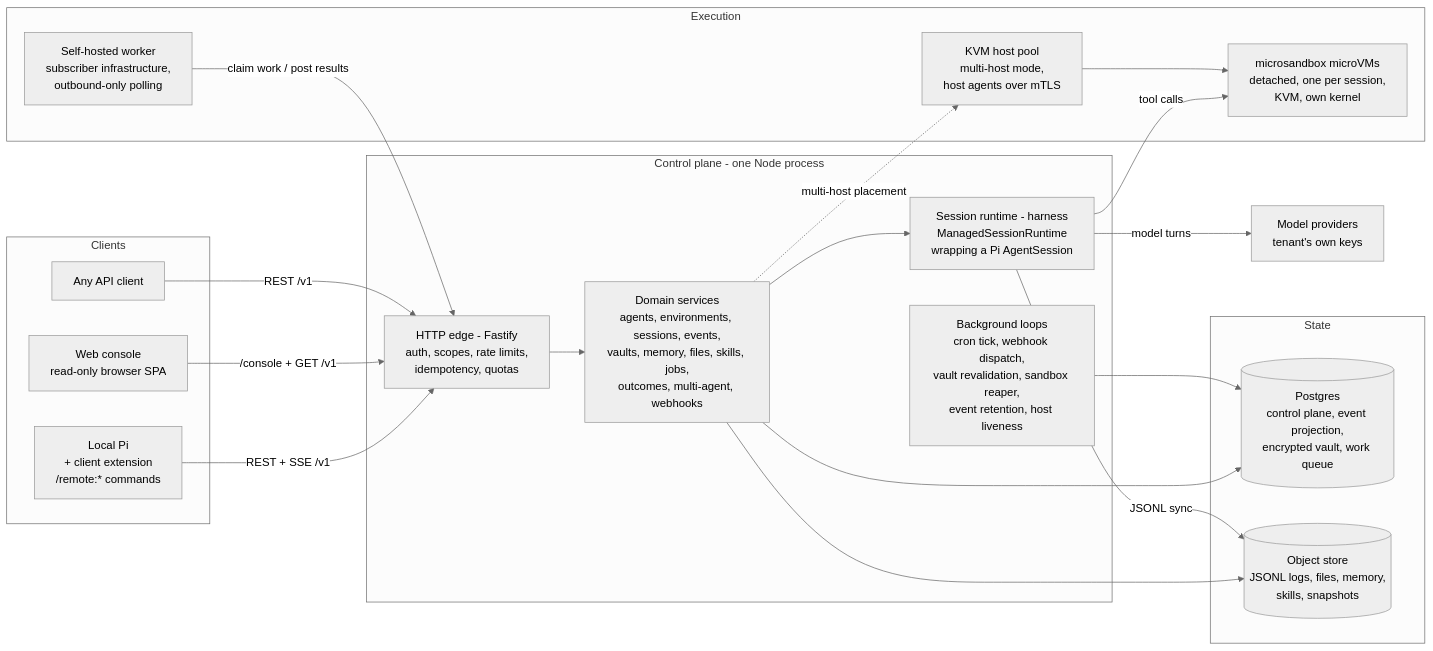
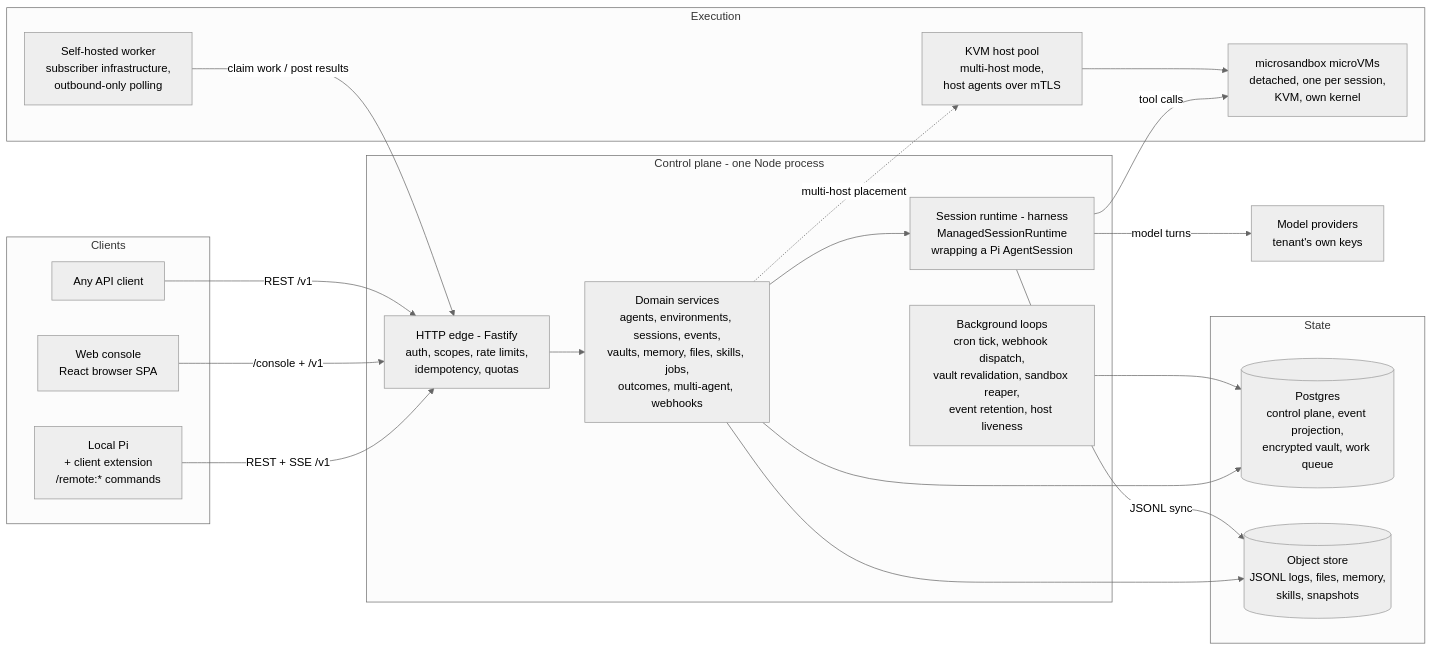
Before and after one commit to msdavid/pi-backend: the first of 2 diagrams in docs/architecture.md, drawn with Mermaid (neutral theme). The commit also changed other lines of this file and 435 other files, not shown here.

````diff
--- a/docs/architecture.md
+++ b/docs/architecture.md
@@ -61,43 +61,43 @@
 ```mermaid
 flowchart LR
     subgraph clients["Clients"]
         pi["Local Pi<br/>+ client extension<br/>/remote:* commands"]
-        console["Web console<br/>read-only browser SPA"]
+        console["Web console<br/>React browser SPA"]
         anyapi["Any API client"]
     end
 
     subgraph cp["Control plane - one Node process"]
         httpedge["HTTP edge - Fastify<br/>auth, scopes, rate limits,<br/>idempotency, quotas"]
         dom["Domain services<br/>agents, environments, sessions, events,<br/>vaults, memory, files, skills, jobs,<br/>outcomes, multi-agent, webhooks"]
         rt["Session runtime - harness<br/>ManagedSessionRuntime<br/>wrapping a Pi AgentSession"]
         loops["Background loops<br/>cron tick, webhook dispatch,<br/>vault revalidation, sandbox reaper,<br/>event retention, host liveness"]
     end
 
     subgraph execution["Execution"]
         vm["microsandbox microVMs<br/>detached, one per session,<br/>KVM, own kernel"]
         hostpool["KVM host pool<br/>multi-host mode,<br/>host agents over mTLS"]
         shw["Self-hosted worker<br/>subscriber infrastructure,<br/>outbound-only polling"]
     end
 
     subgraph stores["State"]
         pg[("Postgres<br/>control plane, event projection,<br/>encrypted vault, work queue")]
         obj[("Object store<br/>JSONL logs, files, memory,<br/>skills, snapshots")]
     end
 
     llm["Model providers<br/>tenant's own keys"]
 
     pi -->|REST + SSE /v1| httpedge
-    console -->|/console + GET /v1| httpedge
+    console -->|/console + /v1| httpedge
     anyapi -->|REST /v1| httpedge
     shw -->|claim work / post results| httpedge
     httpedge --> dom
     dom --> rt
     dom --> pg
     dom --> obj
     rt -->|tool calls| vm
     rt -->|model turns| llm
     rt -->|JSONL sync| obj
     dom -.->|multi-host placement| hostpool
     hostpool --> vm
     loops --> pg
 ```
````
